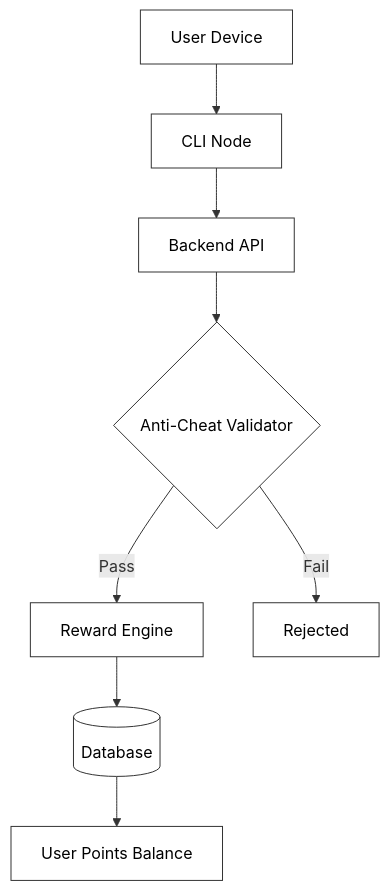
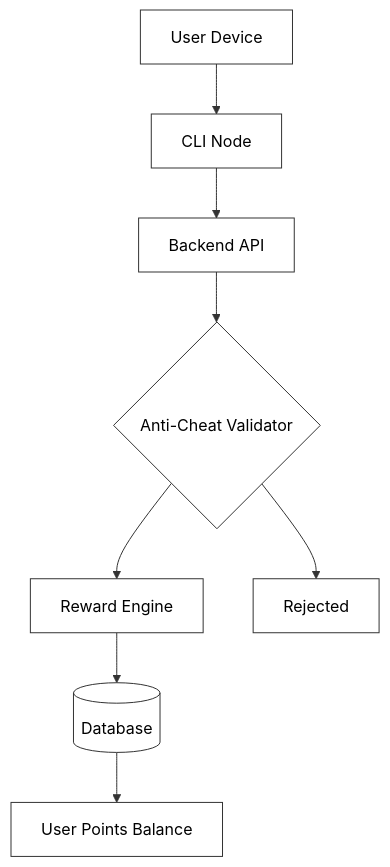
Before and after one commit to Nexora-Node/Docs: the first of 2 diagrams in how-it-works.md, drawn with Mermaid. The commit also changed other lines of this file and 5 other files, not shown here.

````diff
--- a/how-it-works.md
+++ b/how-it-works.md
@@ -7,19 +5,19 @@
 ```mermaid
 graph TD
     A[User Device] --> B[CLI Node]
     B --> C[Backend API]
     C --> D{Anti-Cheat Validator}
-    D -->|Pass| E[Reward Engine]
-    D -->|Fail| F[Rejected]
+    D --> E[Reward Engine]
+    D --> F[Rejected]
     E --> G[(Database)]
     G --> H[User Points Balance]
 
     style A fill:#fff,stroke:#333,color:#000
     style B fill:#fff,stroke:#333,color:#000
     style C fill:#fff,stroke:#333,color:#000
     style D fill:#fff,stroke:#333,color:#000
     style E fill:#fff,stroke:#333,color:#000
     style F fill:#fff,stroke:#333,color:#000
     style G fill:#fff,stroke:#333,color:#000
     style H fill:#fff,stroke:#333,color:#000
 ```
````
